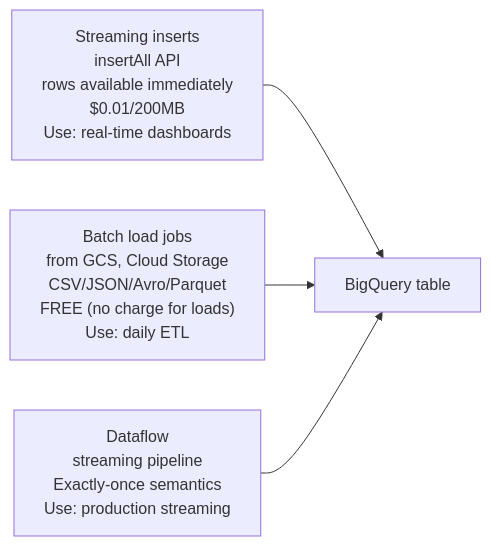
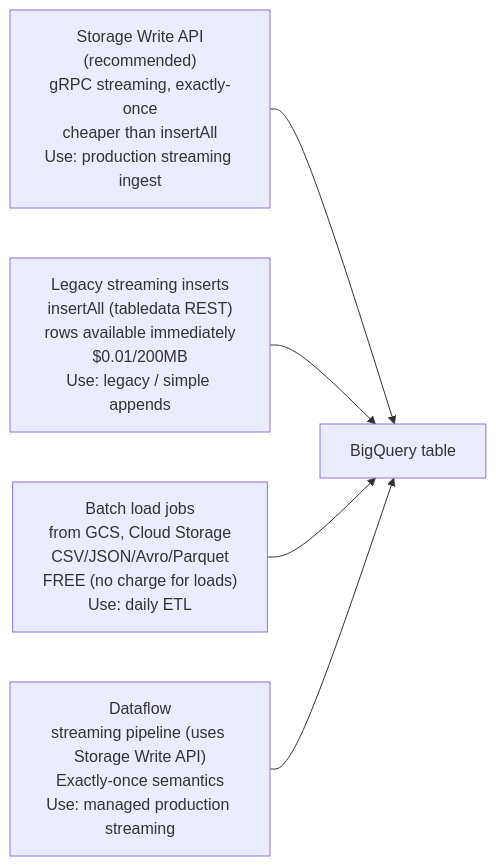
The fourth of 5 diagrams in gcp/bigquery.md (deepanshu-rawat6/DevOpsIndex), drawn with Mermaid before and after one commit. The commit also changed other lines of this file and 11 other files, not shown here.

````diff
--- a/gcp/bigquery.md
+++ b/gcp/bigquery.md
@@ -99,6 +101,7 @@
 ```mermaid
 graph LR
-    STREAM["Streaming inserts<br>insertAll API<br>rows available immediately<br>$0.01/200MB<br>Use: real-time dashboards"] --> BQ["BigQuery table"]
+    SWAPI["Storage Write API<br>(recommended)<br>gRPC streaming, exactly-once<br>cheaper than insertAll<br>Use: production streaming ingest"] --> BQ["BigQuery table"]
+    STREAM["Legacy streaming inserts<br>insertAll (tabledata REST)<br>rows available immediately<br>$0.01/200MB<br>Use: legacy / simple appends"] --> BQ
     BATCH["Batch load jobs<br>from GCS, Cloud Storage<br>CSV/JSON/Avro/Parquet<br>FREE (no charge for loads)<br>Use: daily ETL"] --> BQ
-    DATAFLOW["Dataflow<br>streaming pipeline<br>Exactly-once semantics<br>Use: production streaming"] --> BQ
+    DATAFLOW["Dataflow<br>streaming pipeline (uses Storage Write API)<br>Exactly-once semantics<br>Use: managed production streaming"] --> BQ
 ```
````
